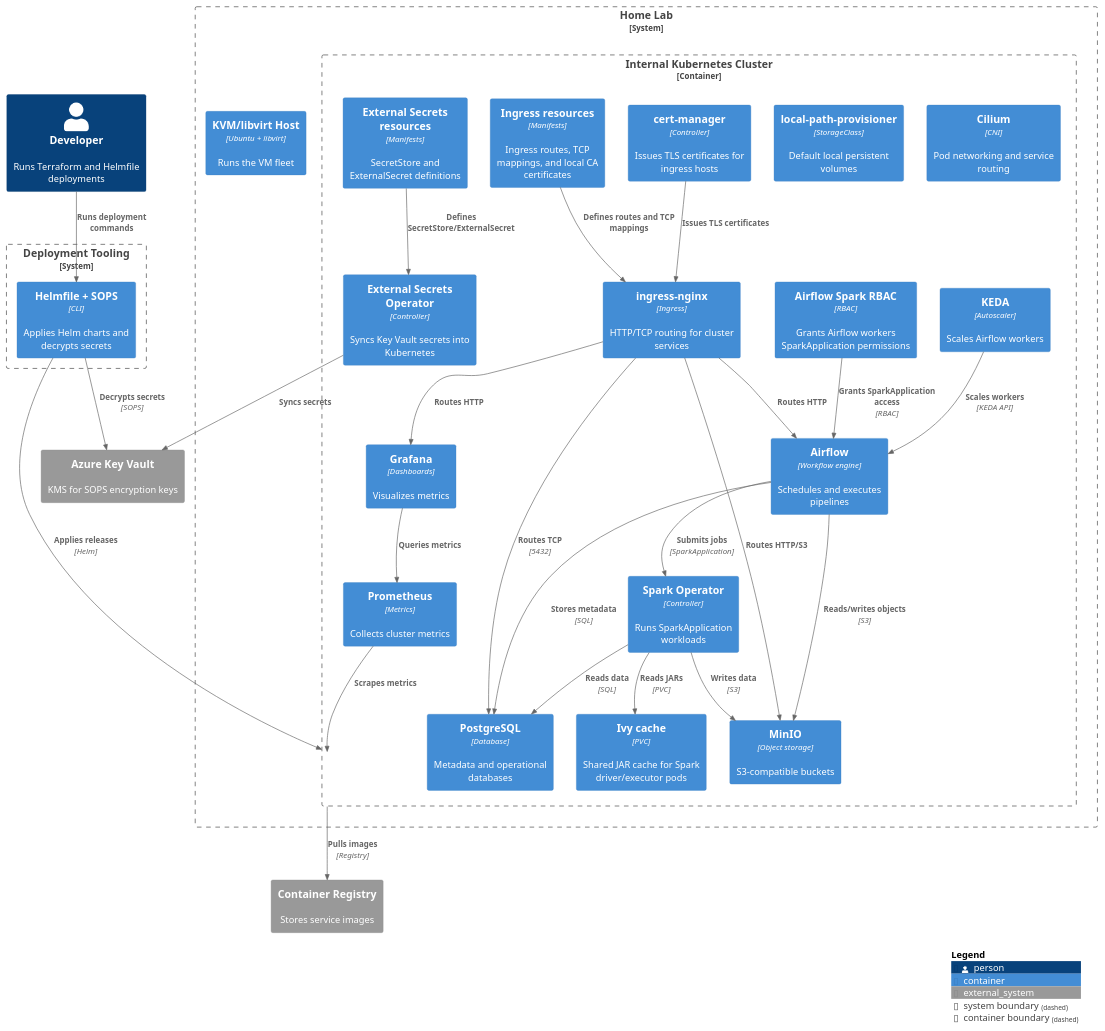
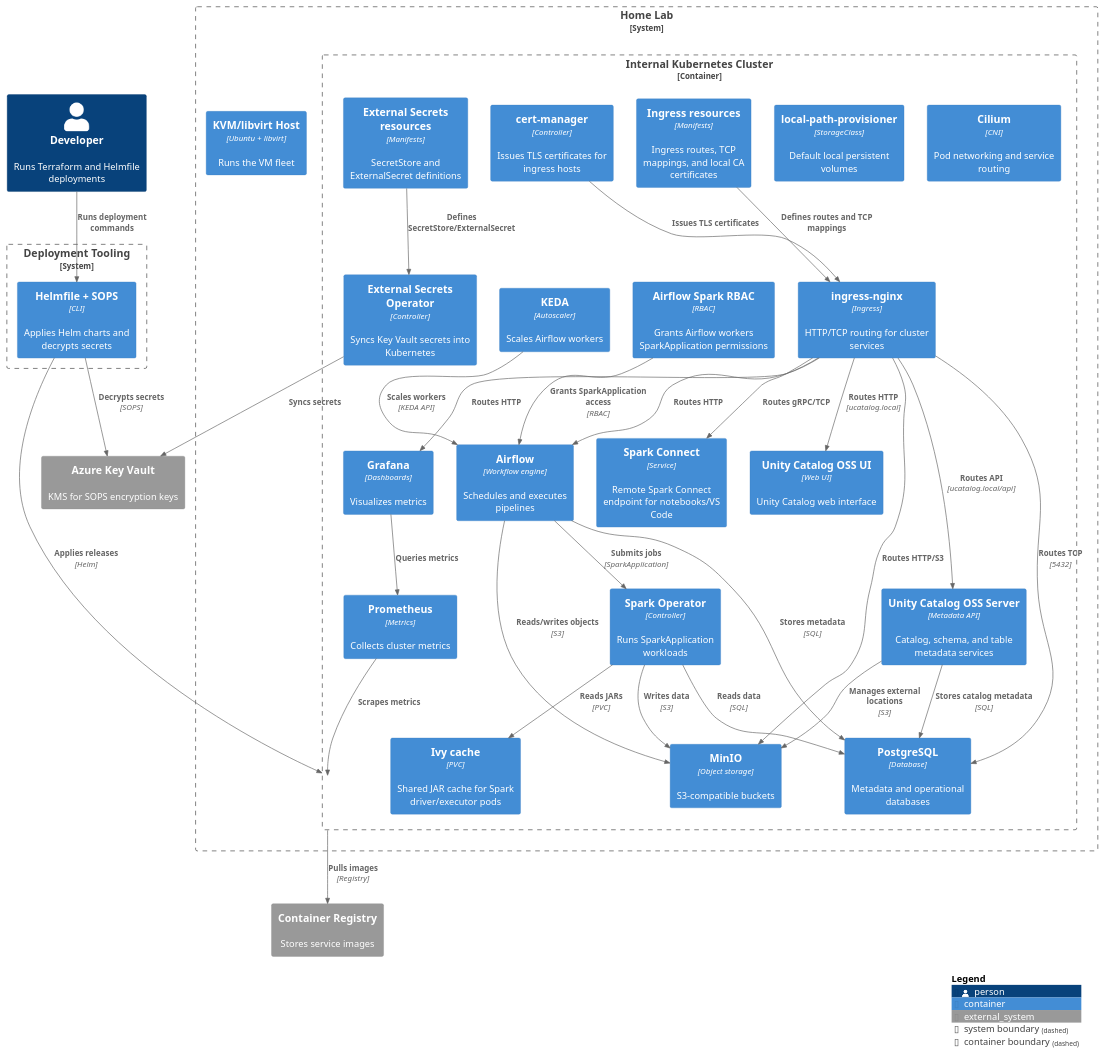
Before and after one commit to AntonMiniazev/bohr_project: the diagram in docs/diagrams/Internal-Cluster-Containers.puml, drawn with PlantUML. The commit also changed 50 other files, not shown here.

Commit message:
Added Spark connect and Unity catalog

```diff
--- a/docs/diagrams/Internal-Cluster-Containers.puml
+++ b/docs/diagrams/Internal-Cluster-Containers.puml
@@ -1,62 +1,70 @@
 @startuml Internal-Cluster-Containers
 !includeurl https://raw.githubusercontent.com/plantuml-stdlib/C4-PlantUML/master/C4_Container.puml
 LAYOUT_WITH_LEGEND()
 HIDE_STEREOTYPE()
 
 Person(dev, "Developer", "Runs Terraform and Helmfile deployments")
 
 System_Ext(keyvault, "Azure Key Vault", "KMS for SOPS encryption keys")
 System_Ext(registry, "Container Registry", "Stores service images")
 
 System_Boundary(tooling, "Deployment Tooling") {
     Container(helmfile, "Helmfile + SOPS", "CLI", "Applies Helm charts and decrypts secrets")
 }
 
 System_Boundary(home, "Home Lab") {
     Container(kvmhost, "KVM/libvirt Host", "Ubuntu + libvirt", "Runs the VM fleet")
 
     Container_Boundary(cluster, "Internal Kubernetes Cluster") {
         Container(cilium, "Cilium", "CNI", "Pod networking and service routing")
         Container(localpath, "local-path-provisioner", "StorageClass", "Default local persistent volumes")
         Container(certmanager, "cert-manager", "Controller", "Issues TLS certificates for ingress hosts")
         Container(ingress, "ingress-nginx", "Ingress", "HTTP/TCP routing for cluster services")
         Container(ingressResources, "Ingress resources", "Manifests", "Ingress routes, TCP mappings, and local CA certificates")
         Container(externalSecrets, "External Secrets Operator", "Controller", "Syncs Key Vault secrets into Kubernetes")
         Container(externalSecretsResources, "External Secrets resources", "Manifests", "SecretStore and ExternalSecret definitions")
         Container(postgres, "PostgreSQL", "Database", "Metadata and operational databases")
         Container(minio, "MinIO", "Object storage", "S3-compatible buckets")
         Container(airflow, "Airflow", "Workflow engine", "Schedules and executes pipelines")
         Container(spark, "Spark Operator", "Controller", "Runs SparkApplication workloads")
+        Container(sparkconnect, "Spark Connect", "Service", "Remote Spark Connect endpoint for notebooks/VS Code")
         Container(airflowSparkRbac, "Airflow Spark RBAC", "RBAC", "Grants Airflow workers SparkApplication permissions")
         Container(ivyCache, "Ivy cache", "PVC", "Shared JAR cache for Spark driver/executor pods")
+        Container(unityCatalogServer, "Unity Catalog OSS Server", "Metadata API", "Catalog, schema, and table metadata services")
+        Container(unityCatalogUi, "Unity Catalog OSS UI", "Web UI", "Unity Catalog web interface")
         Container(prometheus, "Prometheus", "Metrics", "Collects cluster metrics")
         Container(grafana, "Grafana", "Dashboards", "Visualizes metrics")
         Container(keda, "KEDA", "Autoscaler", "Scales Airflow workers")
     }
 }
 
 Rel(dev, helmfile, "Runs deployment commands")
 Rel(helmfile, cluster, "Applies releases", "Helm")
 Rel(helmfile, keyvault, "Decrypts secrets", "SOPS")
 Rel(externalSecrets, keyvault, "Syncs secrets")
 Rel(externalSecretsResources, externalSecrets, "Defines SecretStore/ExternalSecret")
 Rel(certmanager, ingress, "Issues TLS certificates")
 Rel(ingressResources, ingress, "Defines routes and TCP mappings")
 Rel(ingress, airflow, "Routes HTTP")
 Rel(ingress, minio, "Routes HTTP/S3")
+Rel(ingress, sparkconnect, "Routes gRPC/TCP")
+Rel(ingress, unityCatalogUi, "Routes HTTP", "ucatalog.local")
+Rel(ingress, unityCatalogServer, "Routes API", "ucatalog.local/api")
 Rel(ingress, postgres, "Routes TCP", "5432")
 Rel(ingress, grafana, "Routes HTTP")
 Rel(cluster, registry, "Pulls images", "Registry")
 Rel(airflow, postgres, "Stores metadata", "SQL")
 Rel(airflow, minio, "Reads/writes objects", "S3")
 Rel(airflow, spark, "Submits jobs", "SparkApplication")
 Rel(airflowSparkRbac, airflow, "Grants SparkApplication access", "RBAC")
 Rel(spark, postgres, "Reads data", "SQL")
 Rel(spark, minio, "Writes data", "S3")
 Rel(spark, ivyCache, "Reads JARs", "PVC")
+Rel(unityCatalogServer, postgres, "Stores catalog metadata", "SQL")
+Rel(unityCatalogServer, minio, "Manages external locations", "S3")
 Rel(prometheus, cluster, "Scrapes metrics")
 Rel(grafana, prometheus, "Queries metrics")
 Rel(keda, airflow, "Scales workers", "KEDA API")
 
 SHOW_LEGEND()
 @enduml
```
